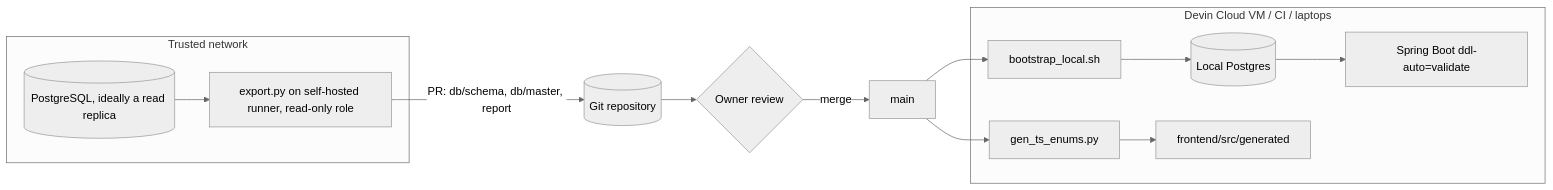
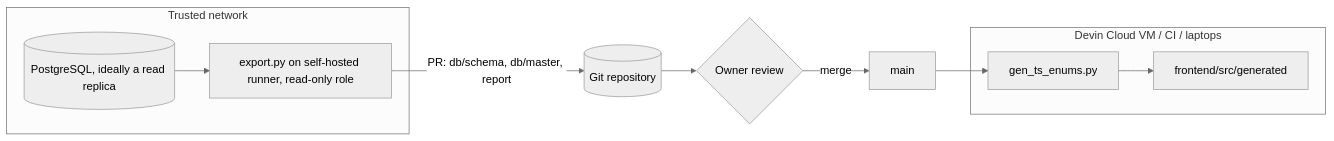
One commit to arunvaidhyanathan/knowledge-hub-db-sync changed the diagram in docs/implementation/db-schema-sync.md. Above: the diagram before and after it, drawn with Mermaid (neutral theme). The commit also changed other lines of this file and 8 other files, not shown here.

````diff
--- a/docs/implementation/db-schema-sync.md
+++ b/docs/implementation/db-schema-sync.md
@@ -67,18 +67,15 @@
 ```mermaid
 flowchart LR
   subgraph Trusted["Trusted network"]
     DB[(PostgreSQL, ideally a read replica)]
     EXP[export.py on self-hosted runner, read-only role]
     DB --> EXP
   end
   EXP -->|PR: db/schema, db/master, report| GIT[(Git repository)]
   GIT --> REVIEW{Owner review}
   REVIEW -->|merge| MAIN[main]
   subgraph Devin["Devin Cloud VM / CI / laptops"]
-    BOOT[bootstrap_local.sh] --> LPG[(Local Postgres)]
-    LPG --> APP[Spring Boot ddl-auto=validate]
     GEN[gen_ts_enums.py] --> TS[frontend/src/generated]
   end
-  MAIN --> BOOT
   MAIN --> GEN
 ```
````
